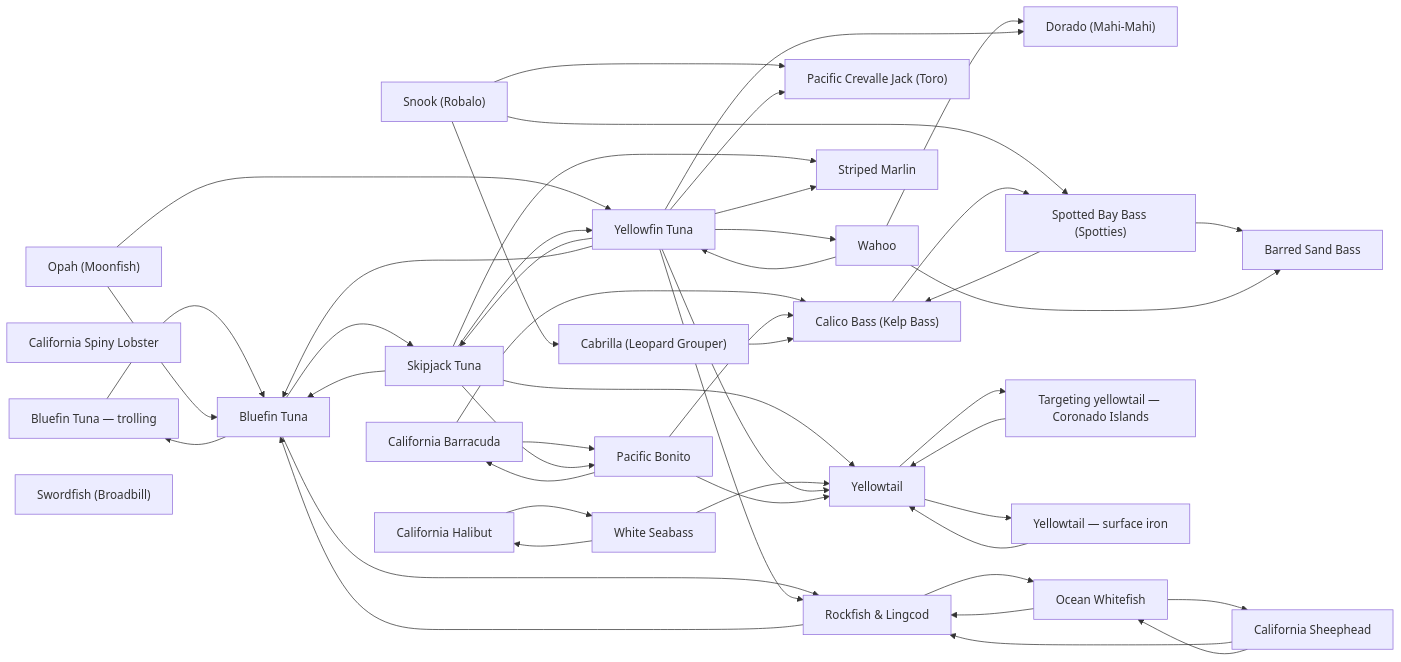
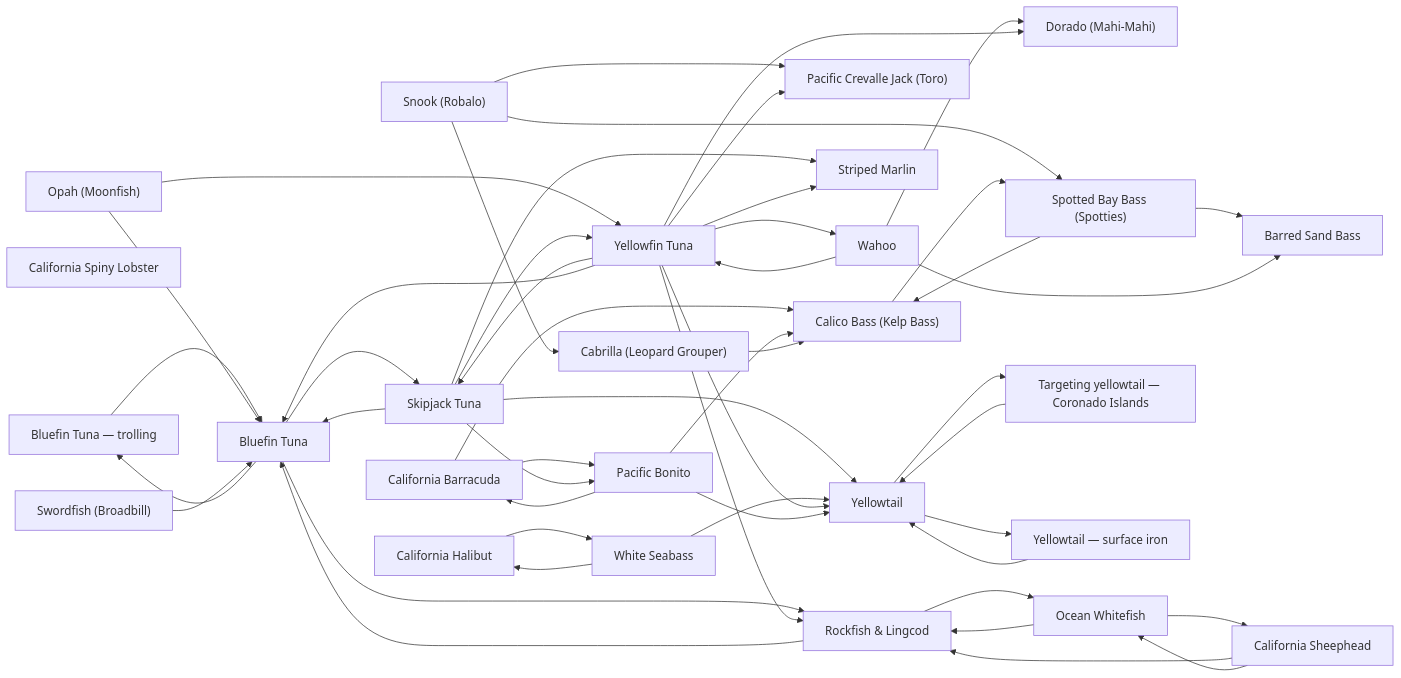
The diagram in species/README.md (camchuckpete-max/Socal-Fishing-Knowledge), drawn with Mermaid before and after one commit. The commit also changed other lines of this file and 18 other files, not shown here.

````diff
--- a/species/README.md
+++ b/species/README.md
@@ -42,76 +42,77 @@
 ```mermaid
 graph LR
   n0["California Barracuda"]
   n1["Bluefin Tuna — trolling"]
   n2["Bluefin Tuna"]
   n3["Pacific Bonito"]
   n4["Cabrilla (Leopard Grouper)"]
   n5["Calico Bass (Kelp Bass)"]
   n6["California Halibut"]
   n7["California Spiny Lobster"]
   n8["Dorado (Mahi-Mahi)"]
   n9["Ocean Whitefish"]
   n10["Opah (Moonfish)"]
   n11["Pacific Crevalle Jack (Toro)"]
   n12["Rockfish & Lingcod"]
   n13["Barred Sand Bass"]
   n14["California Sheephead"]
   n15["Skipjack Tuna"]
   n16["Snook (Robalo)"]
   n17["Spotted Bay Bass (Spotties)"]
   n18["Striped Marlin"]
   n19["Swordfish (Broadbill)"]
   n20["Wahoo"]
   n21["White Seabass"]
   n22["Yellowfin Tuna"]
   n23["Targeting yellowtail — Coronado Islands"]
   n24["Yellowtail — surface iron"]
   n25["Yellowtail"]
   n0 --> n3
   n0 --> n5
   n1 --> n2
   n10 --> n2
   n10 --> n22
   n12 --> n2
   n12 --> n9
   n14 --> n12
   n14 --> n9
   n15 --> n18
   n15 --> n2
   n15 --> n22
   n15 --> n25
   n15 --> n3
   n16 --> n11
   n16 --> n17
   n16 --> n4
   n17 --> n13
   n17 --> n5
+  n19 --> n2
   n2 --> n1
   n2 --> n12
   n2 --> n15
   n20 --> n13
   n20 --> n22
   n20 --> n8
   n21 --> n25
   n21 --> n6
   n22 --> n11
   n22 --> n12
   n22 --> n15
   n22 --> n18
   n22 --> n2
   n22 --> n20
   n22 --> n25
   n22 --> n8
   n23 --> n25
   n24 --> n25
   n25 --> n23
   n25 --> n24
   n3 --> n0
   n3 --> n25
   n3 --> n5
   n4 --> n5
   n5 --> n17
   n6 --> n21
   n9 --> n12
   n9 --> n14
 ```
````
